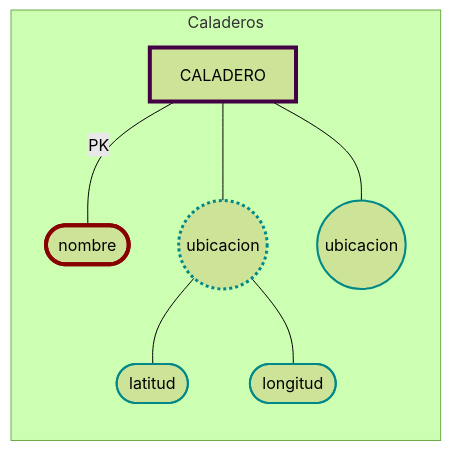
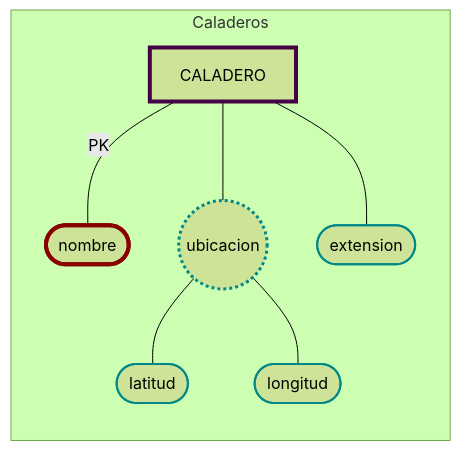
Before and after one commit to JulTob/Data: the fourth of 13 diagrams in DataBases/lonja_DB.md, drawn with Mermaid (forest theme).

````diff
--- a/DataBases/lonja_DB.md
+++ b/DataBases/lonja_DB.md
@@ -179,19 +179,19 @@
 ```mermaid
 flowchart LR   
   classDef atributo stroke:#088,stroke-width:2px;
   classDef derivado stroke-width:3px, stroke-dasharray:3 3;
   classDef pk stroke:#800,stroke-width:4px;
   classDef entidad stroke:#404,stroke-width:4px;
 
   %% Atributos CALADERO
   subgraph Caladeros
     Caladero[CALADERO]:::entidad
     Caladero ---|PK| nombre([nombre]):::pk 
     Caladero --- ubicacion((ubicacion)):::atributo 
-    Caladero --- extension((ubicacion)):::atributo 
+    Caladero --- extension([extension]):::atributo 
       ubicacion:::derivado
       ubicacion  --- latitud([latitud]):::atributo
 	  ubicacion  --- longitud([longitud]):::atributo 
 
     end
 ```
````
